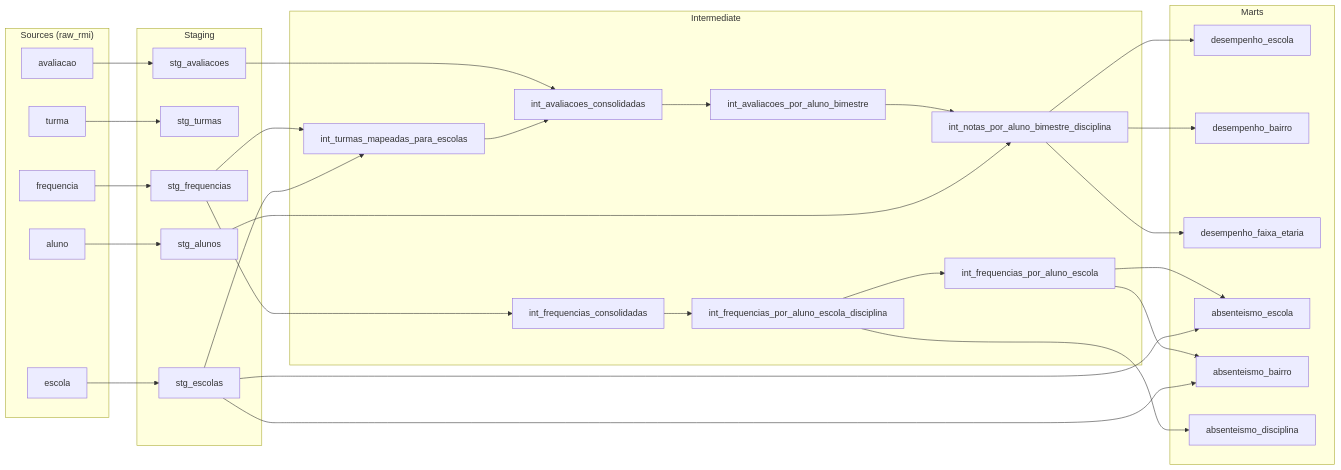
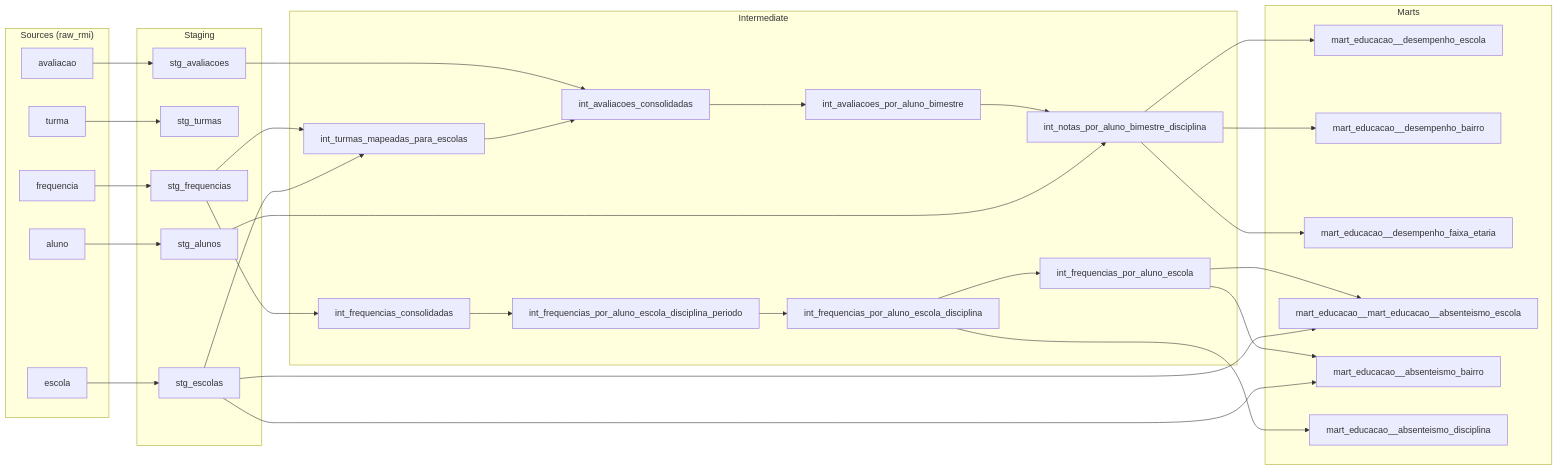
The diagram in README.md (gabrielribeirobizerril/desafio-cientista-dados-peqc), drawn with Mermaid before and after one commit. The commit also changed other lines of this file, not shown here.

````diff
--- a/README.md
+++ b/README.md
@@ -113,30 +42,31 @@
 ```mermaid
 flowchart LR
   subgraph Sources ["Sources (raw_rmi)"]
     a[aluno]; t[turma]; e[escola]; f[frequencia]; v[avaliacao]
   end
   subgraph Staging
     sa[stg_alunos]; st[stg_turmas]; se[stg_escolas]; sf[stg_frequencias]; sv[stg_avaliacoes]
   end
   subgraph Intermediate
     im[int_turmas_mapeadas_para_escolas]
     ic[int_avaliacoes_consolidadas]
     ib[int_avaliacoes_por_aluno_bimestre]
     nt[int_notas_por_aluno_bimestre_disciplina]
     fc[int_frequencias_consolidadas]
+    fp[int_frequencias_por_aluno_escola_disciplina_periodo]
     fd[int_frequencias_por_aluno_escola_disciplina]
     fe[int_frequencias_por_aluno_escola]
   end
   subgraph Marts
-    d1[desempenho_escola]; d2[desempenho_bairro]; d3[desempenho_faixa_etaria]
-    a1[absenteismo_escola]; a2[absenteismo_bairro]; a3[absenteismo_disciplina]
+    d1[mart_educacao__desempenho_escola]; d2[mart_educacao__desempenho_bairro]; d3[mart_educacao__desempenho_faixa_etaria]
+    a1[mart_educacao__mart_educacao__absenteismo_escola]; a2[mart_educacao__absenteismo_bairro]; a3[mart_educacao__absenteismo_disciplina]
   end
   a-->sa; t-->st; e-->se; f-->sf; v-->sv
   sf-->im; se-->im
   sv-->ic; im-->ic
   ic-->ib-->nt; sa-->nt
   nt-->d1 & d2 & d3
-  sf-->fc-->fd-->fe
+  sf-->fc-->fp-->fd-->fe
   fd-->a3
   fe-->a1 & a2; se-->a1 & a2
 ```
````
